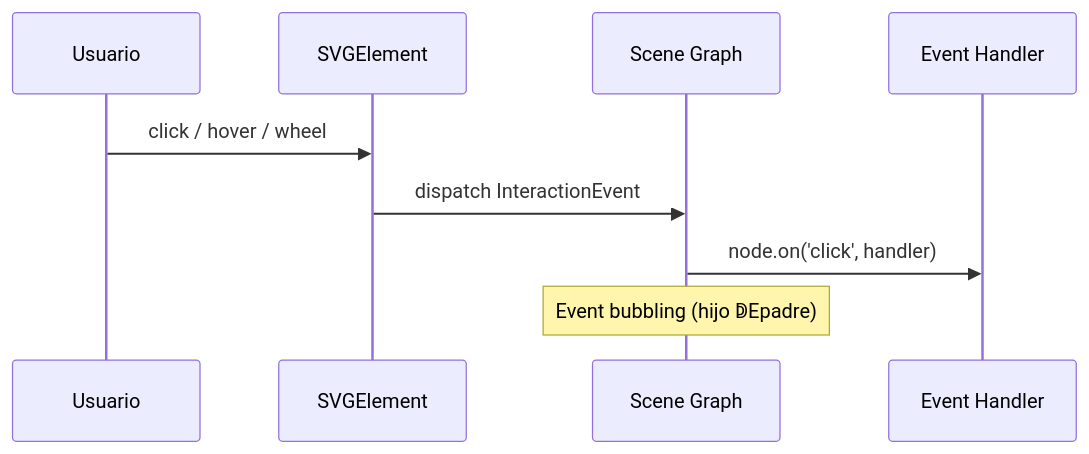
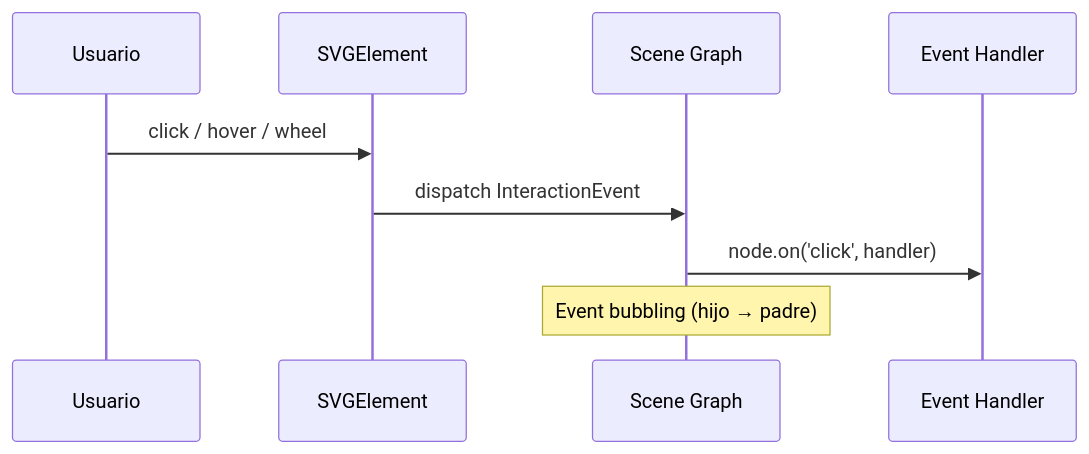
One commit to joshuacba08/oroya-animate changed the first of 2 diagrams in apps/web/src/content/tutorials/11-svg-interactive.md. Above: the diagram before and after it, drawn with Mermaid. The commit also changed other lines of this file and 271 other files, not shown here.

````diff
--- a/apps/web/src/content/tutorials/11-svg-interactive.md
+++ b/apps/web/src/content/tutorials/11-svg-interactive.md
@@ -25,12 +25,12 @@
 ```mermaid
 sequenceDiagram
     participant User as Usuario
     participant SVG as SVGElement
     participant Oroya as Scene Graph
     participant Handler as Event Handler
 
     User->>SVG: click / hover / wheel
     SVG->>Oroya: dispatch InteractionEvent
     Oroya->>Handler: node.on('click', handler)
-    Note over Oroya: Event bubbling (hijo ↁEpadre)
+    Note over Oroya: Event bubbling (hijo → padre)
 ```
````
